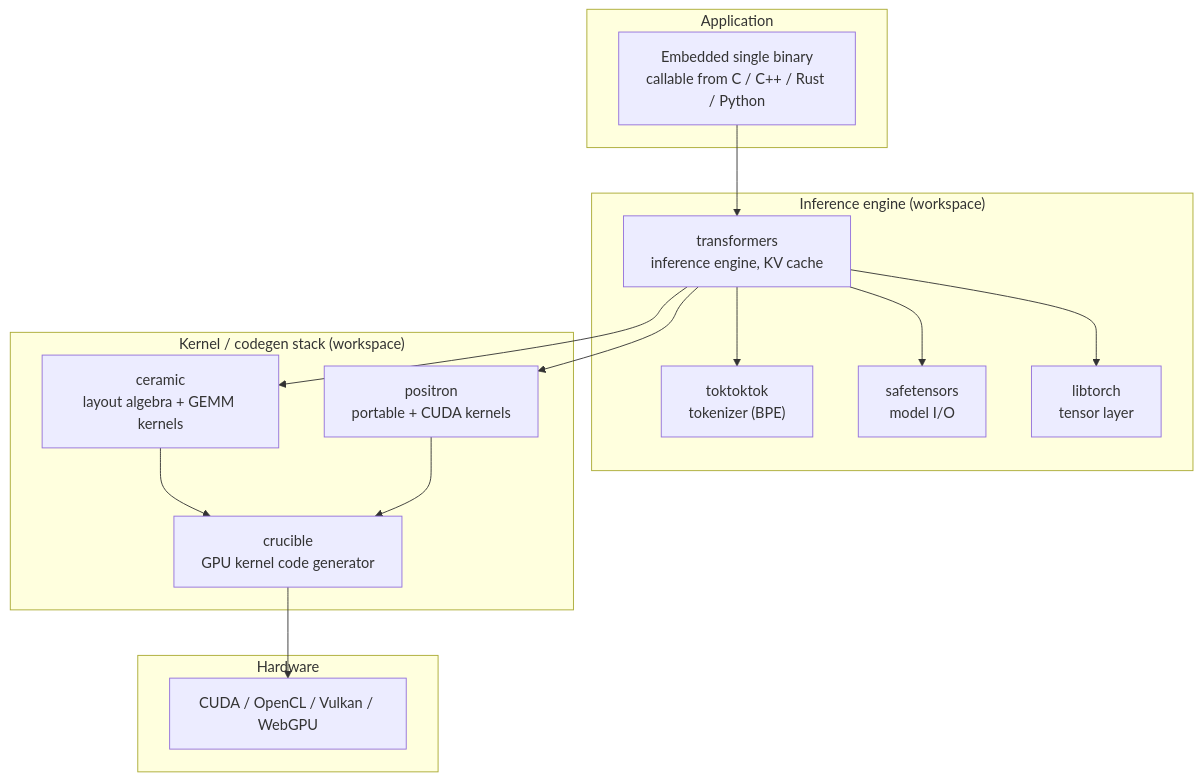
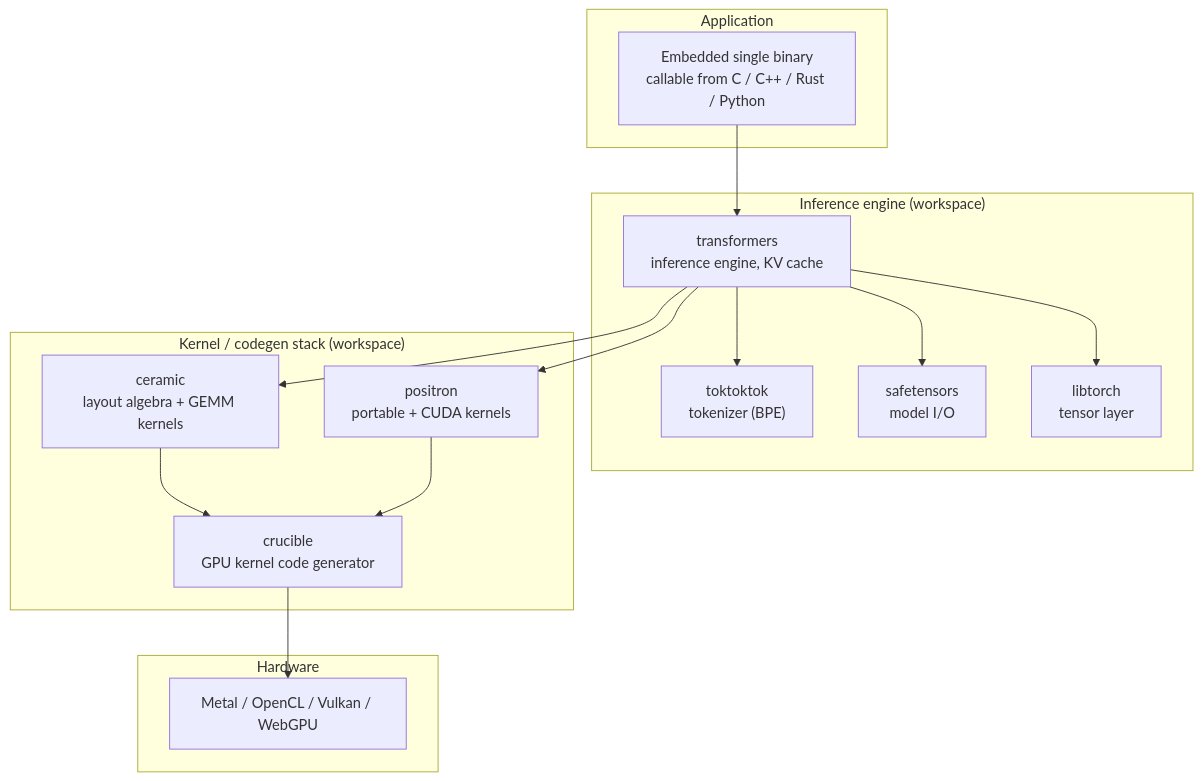
The diagram in ARCHITECTURE.md (mratsim/tattletale), drawn with Mermaid before and after one commit. The commit also changed other lines of this file and 1 other file, not shown here.

````diff
--- a/ARCHITECTURE.md
+++ b/ARCHITECTURE.md
@@ -22,33 +25,33 @@
 ```mermaid
 flowchart TB
     subgraph App ["Application"]
         APP["Embedded single binary<br/>callable from C / C++ / Rust / Python"]
     end
 
     subgraph Engine ["Inference engine (workspace)"]
         TR["transformers<br/>inference engine, KV cache"]
         TC["toktoktok<br/>tokenizer (BPE)"]
         SF["safetensors<br/>model I/O"]
         LT["libtorch<br/>tensor layer"]
     end
 
     subgraph Kernels ["Kernel / codegen stack (workspace)"]
         CE["ceramic<br/>layout algebra + GEMM kernels"]
         CR["crucible<br/>GPU kernel code generator"]
         PO["positron<br/>portable + CUDA kernels"]
     end
 
     subgraph HW ["Hardware"]
-        H["CUDA / OpenCL / Vulkan / WebGPU"]
+        H["Metal / OpenCL / Vulkan / WebGPU"]
     end
 
     APP --> TR
     TR --> TC
     TR --> SF
     TR --> LT
     TR --> CE
     TR --> PO
     CE --> CR
     PO --> CR
     CR --> H
 ```
````
